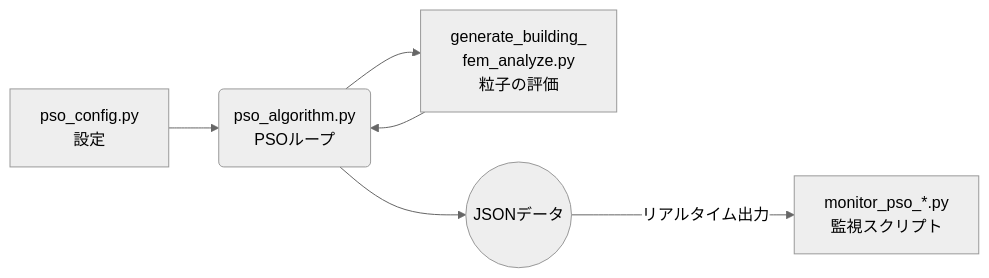
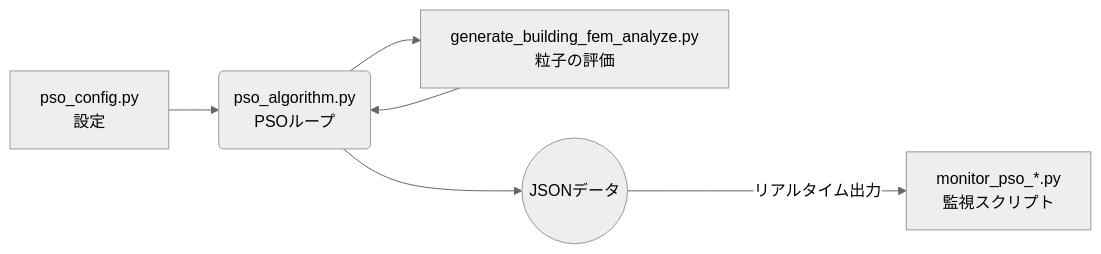
The diagram in docs/PSO_usage.md (jkushida/ai-arch), drawn with Mermaid (neutral theme) before and after one commit. The commit also changed 1 other file, not shown here.

Commit message:
Final fix for Mermaid diagrams - simplify file name display 📊
- Removed unnecessary line break in generate_building_fem_analyze.py node
- All Mermaid diagrams now render correctly
- Tested and verified in Cursor preview

````diff
--- a/docs/PSO_usage.md
+++ b/docs/PSO_usage.md
@@ -17,8 +17,8 @@
 ```mermaid
 graph LR
     A[pso_config.py<br/>設定] --> B(pso_algorithm.py<br/>PSOループ)
-    B --> C[generate_building_<br/>fem_analyze.py<br/>粒子の評価]
+    B --> C[generate_building_fem_analyze.py<br/>粒子の評価]
     C --> B
 
     B --> D((JSONデータ)) -- リアルタイム出力 --> E[monitor_pso_*.py<br/>監視スクリプト]
 ```
````
